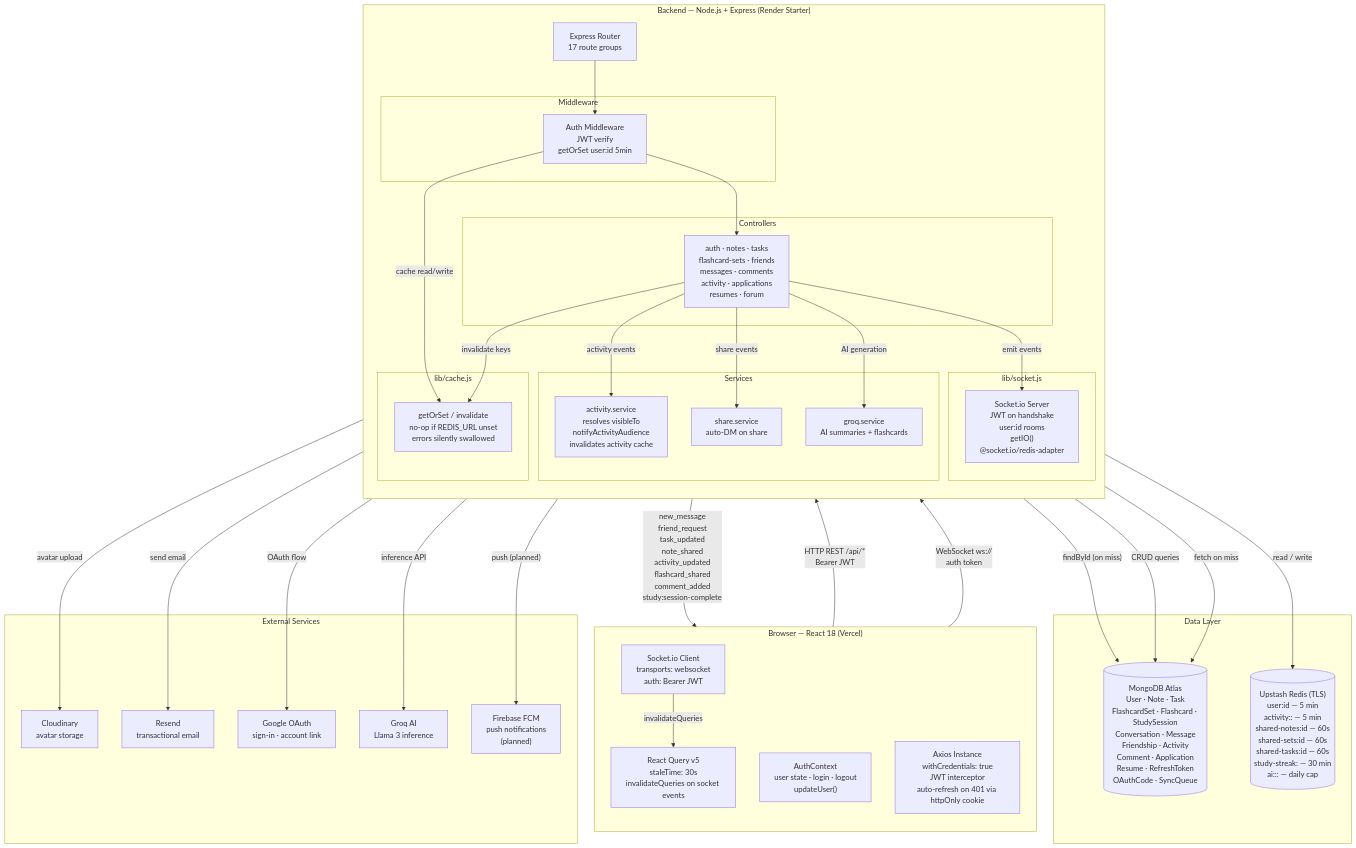
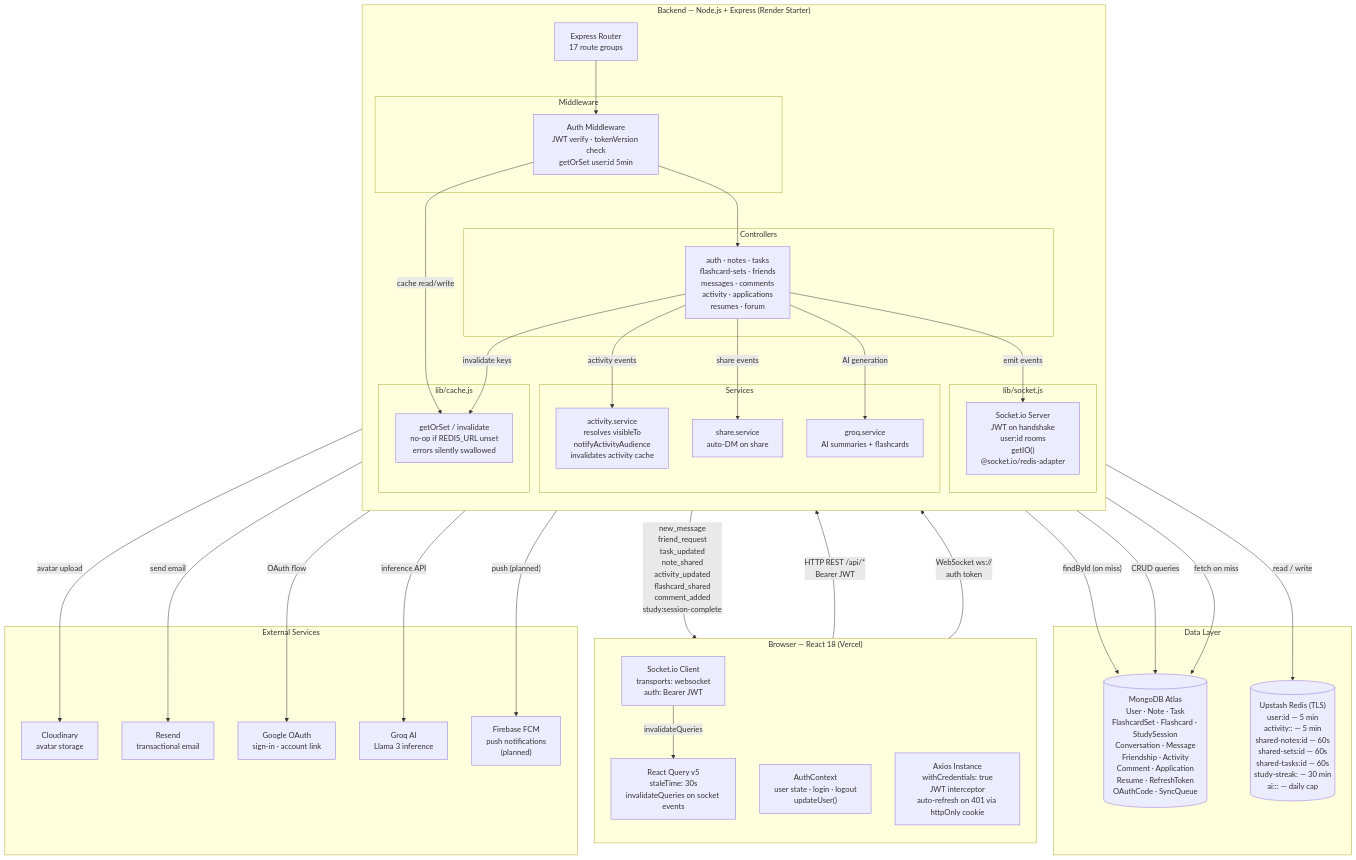
The first of 5 diagrams in docs/backend/system-design.md (JustinBurrell/continuum), drawn with Mermaid before and after one commit. The commit also changed other lines of this file and 7 other files, not shown here.

Commit message:
fix: implement tokenVersion to immediately invalidate all sessions on logout-all

```diff
--- a/docs/backend/system-design.md
+++ b/docs/backend/system-design.md
@@ -19,7 +19,7 @@
         ROUTER["Express Router\n17 route groups"]
 
         subgraph MIDDLEWARE["Middleware"]
-            AUTH_MW["Auth Middleware\nJWT verify\ngetOrSet user:id 5min"]
+            AUTH_MW["Auth Middleware\nJWT verify · tokenVersion check\ngetOrSet user:id 5min"]
         end
 
         subgraph CONTROLLERS["Controllers"]
```
